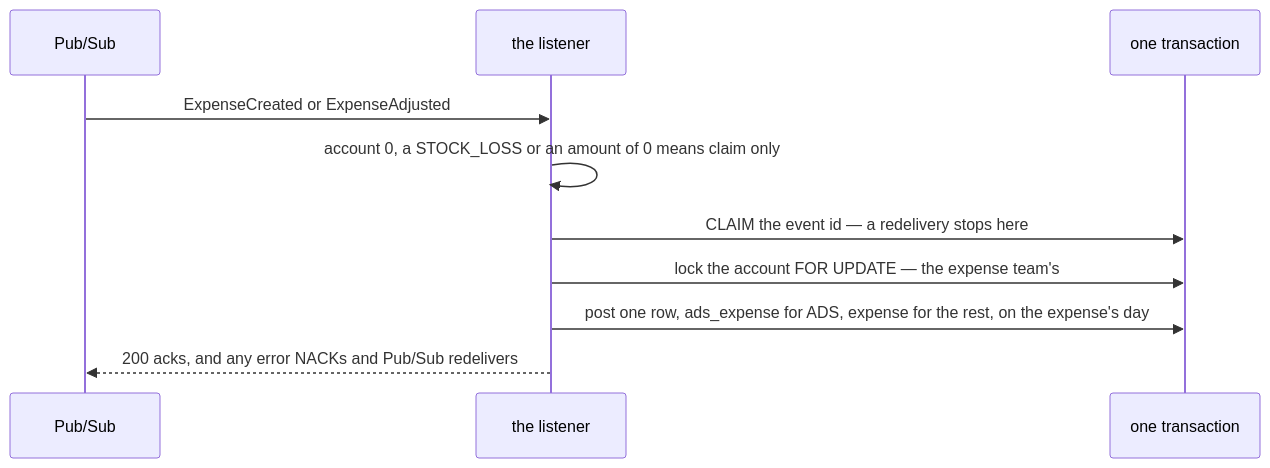
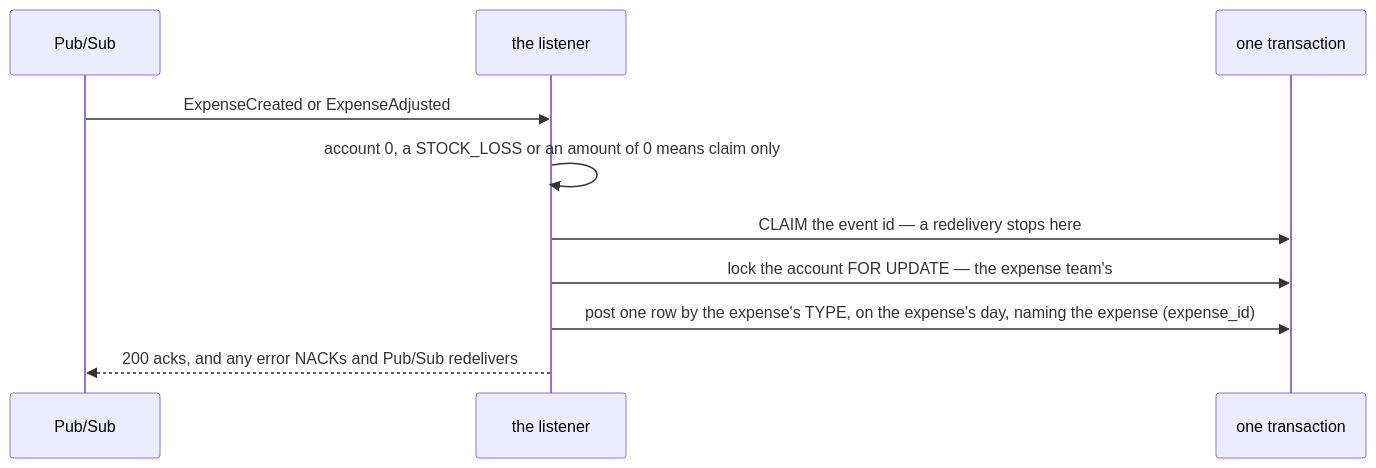
Before and after one commit to pdcgo/warehouse_revamp: the tenth of 12 diagrams in docs/services/financial_account_service/rpc.md, drawn with Mermaid. The commit also changed other lines of this file and 686 other files, not shown here.

````diff
--- a/docs/services/financial_account_service/rpc.md
+++ b/docs/services/financial_account_service/rpc.md
@@ -321,12 +365,12 @@
 ```mermaid
 sequenceDiagram
     participant B as Pub/Sub
     participant L as the listener
     participant DB as one transaction
     B->>L: ExpenseCreated or ExpenseAdjusted
     L->>L: account 0, a STOCK_LOSS or an amount of 0 means claim only
     L->>DB: CLAIM the event id — a redelivery stops here
     L->>DB: lock the account FOR UPDATE — the expense team's
-    L->>DB: post one row, ads_expense for ADS, expense for the rest, on the expense's day
+    L->>DB: post one row by the expense's TYPE, on the expense's day, naming the expense (expense_id)
     L-->>B: 200 acks, and any error NACKs and Pub/Sub redelivers
 ```
````
